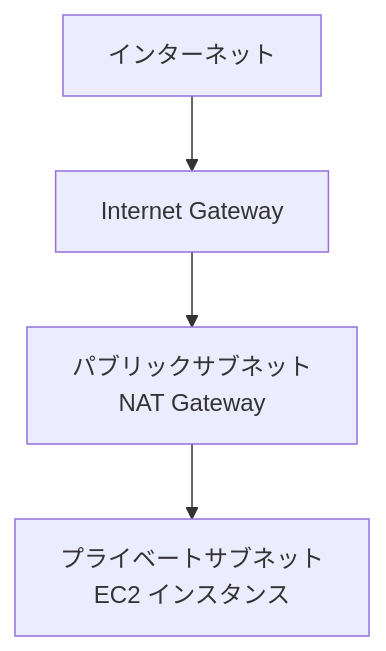
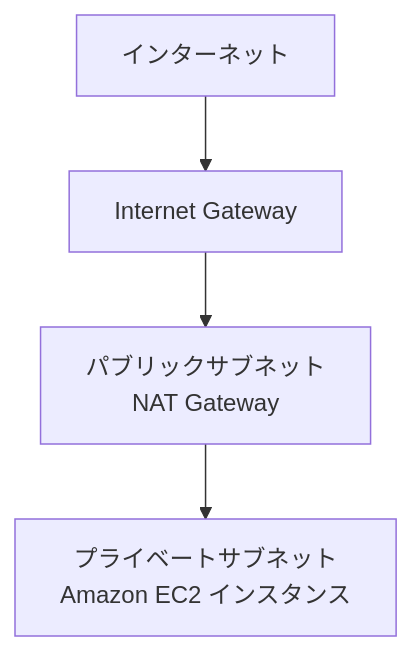
Before and after one commit to littlemex/aws-samples: the first of 2 diagrams in workshops/ai-coding-workshop/cline/0.setup/cfn/README.md, drawn with Mermaid. The commit also changed other lines of this file and 3 other files, not shown here.

````diff
--- a/workshops/ai-coding-workshop/cline/0.setup/cfn/README.md
+++ b/workshops/ai-coding-workshop/cline/0.setup/cfn/README.md
@@ -47,11 +48,11 @@
 ```mermaid
 graph TB
     Internet[インターネット]
     IGW[Internet Gateway]
     PublicSubnet[パブリックサブネット<br>NAT Gateway]
-    PrivateSubnet[プライベートサブネット<br>EC2 インスタンス]
+    PrivateSubnet[プライベートサブネット<br>Amazon EC2 インスタンス]
 
     Internet --> IGW
     IGW --> PublicSubnet
     PublicSubnet --> PrivateSubnet
 ```
````
